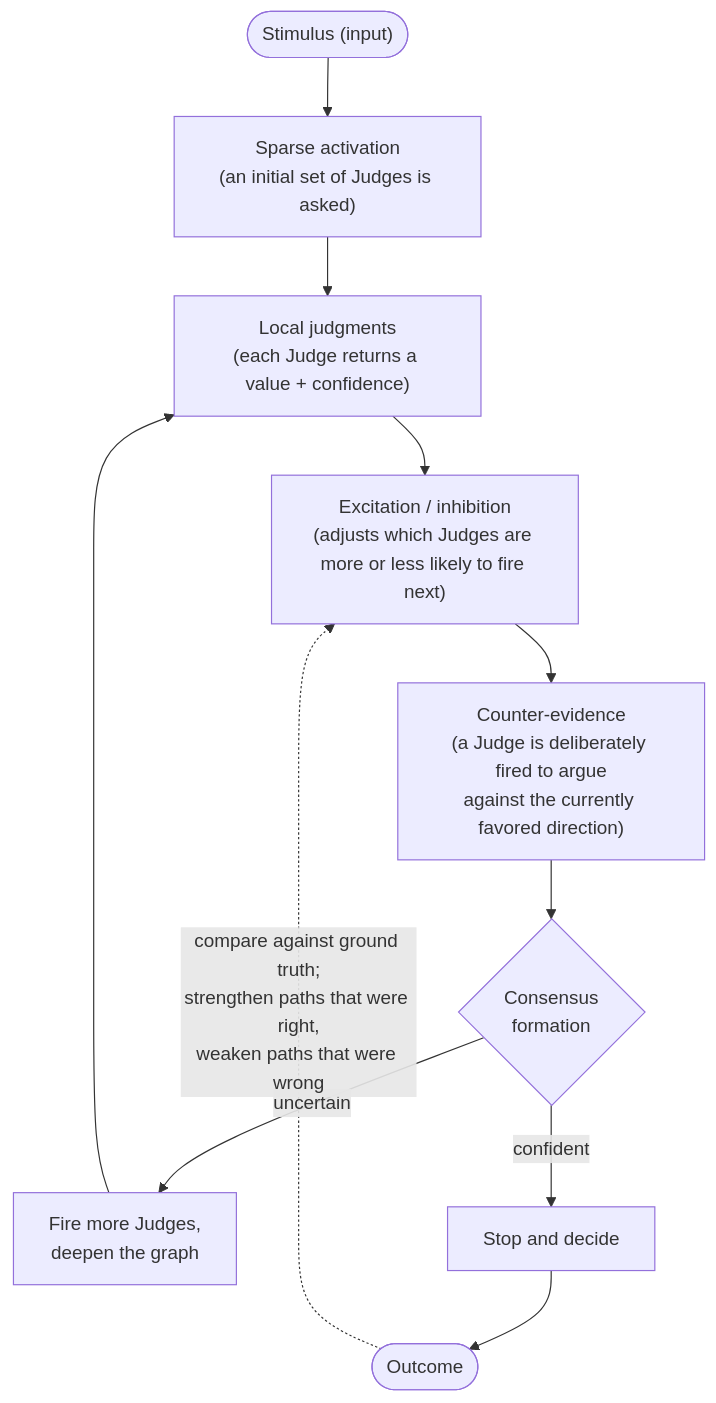
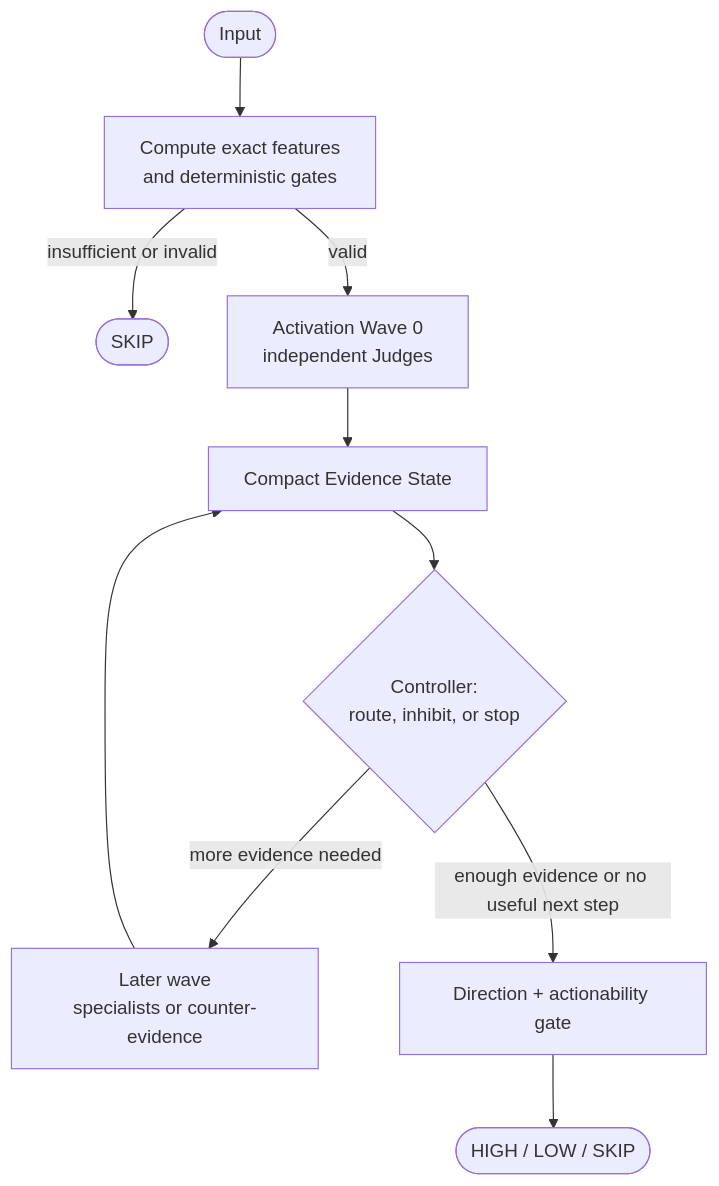
Before and after one commit to RoyHermit/dynamic-judge-network: the first of 3 diagrams in README.md, drawn with Mermaid. The commit also changed other lines of this file and 8 other files, not shown here.

````diff
--- a/README.md
+++ b/README.md
@@ -83,13 +85,12 @@
 ```mermaid
 flowchart TD
-    A(["Stimulus (input)"]) --> B["Sparse activation<br/>(an initial set of Judges is asked)"]
-    B --> C["Local judgments<br/>(each Judge returns a value + confidence)"]
-    C --> D["Excitation / inhibition<br/>(adjusts which Judges are more or less likely to fire next)"]
-    D --> E["Counter-evidence<br/>(a Judge is deliberately fired to argue<br/>against the currently favored direction)"]
-    E --> F{"Consensus<br/>formation"}
-    F -- uncertain --> G["Fire more Judges,<br/>deepen the graph"]
-    G --> C
-    F -- confident --> H["Stop and decide"]
-    H --> I(["Outcome"])
-    I -. "compare against ground truth;<br/>strengthen paths that were right,<br/>weaken paths that were wrong" .-> D
+    A(["Input"]) --> B["Compute exact features<br/>and deterministic gates"]
+    B -- insufficient or invalid --> S(["SKIP"])
+    B -- valid --> C["Activation Wave 0<br/>independent Judges"]
+    C --> D["Compact Evidence State"]
+    D --> E{"Controller:<br/>route, inhibit, or stop"}
+    E -- more evidence needed --> F["Later wave<br/>specialists or counter-evidence"]
+    F --> D
+    E -- enough evidence or no useful next step --> G["Direction + actionability gate"]
+    G --> H(["HIGH / LOW / SKIP"])
 ```
````
